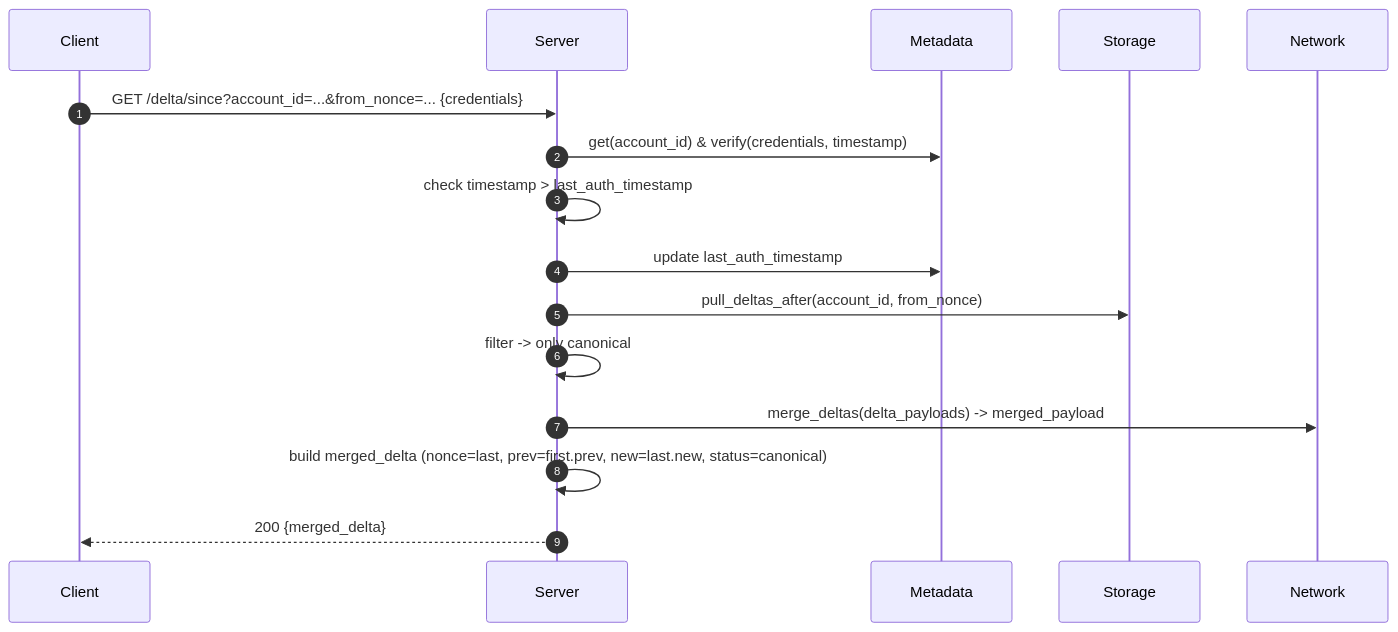
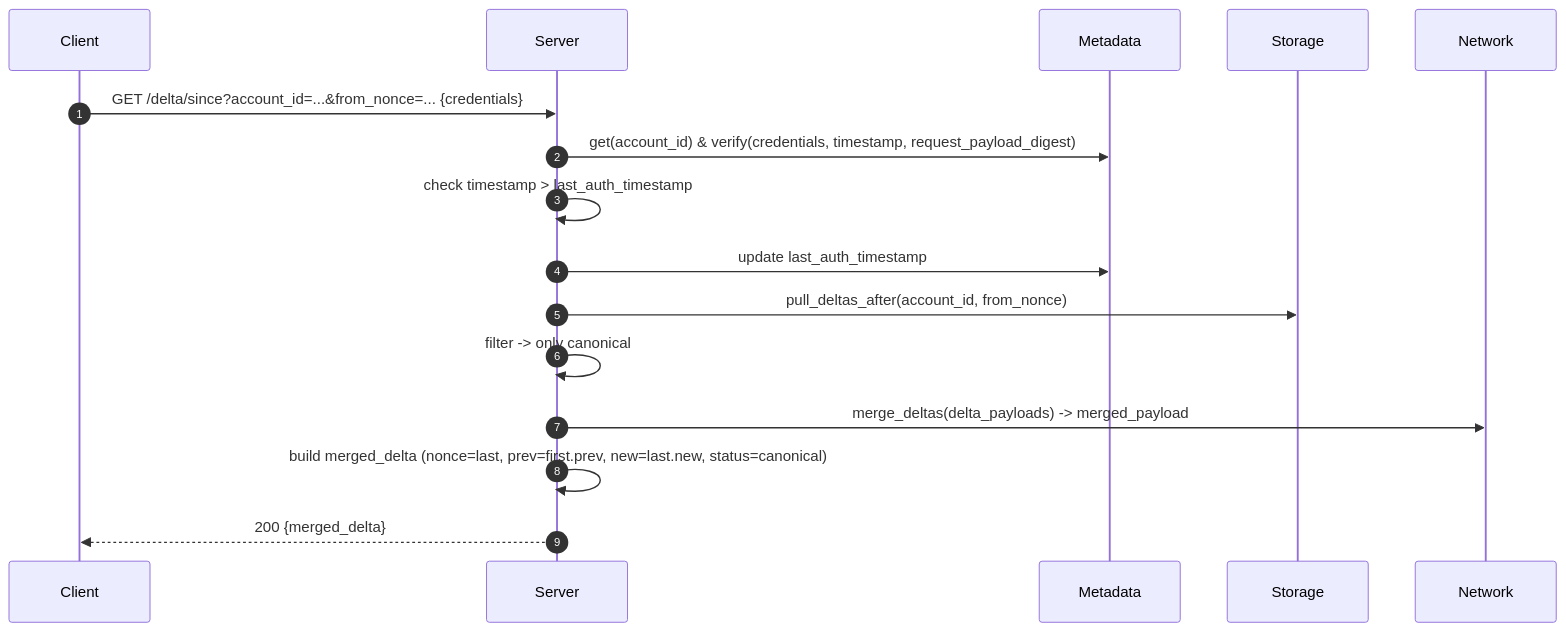
Before and after one commit to OpenZeppelin/guardian: the fifth of 9 diagrams in spec/processes.md, drawn with Mermaid. The commit also changed other lines of this file and 34 other files, not shown here.

````diff
--- a/spec/processes.md
+++ b/spec/processes.md
@@ -96,18 +96,18 @@
 ```mermaid
 sequenceDiagram
   autonumber
   participant C as Client
   participant S as Server
   participant M as Metadata
   participant ST as Storage
   participant N as Network
   C->>S: GET /delta/since?account_id=...&from_nonce=... {credentials}
-  S->>M: get(account_id) & verify(credentials, timestamp)
+  S->>M: get(account_id) & verify(credentials, timestamp, request_payload_digest)
   S->>S: check timestamp > last_auth_timestamp
   S->>M: update last_auth_timestamp
   S->>ST: pull_deltas_after(account_id, from_nonce)
   S->>S: filter -> only canonical
   S->>N: merge_deltas(delta_payloads) -> merged_payload
   S->>S: build merged_delta (nonce=last, prev=first.prev, new=last.new, status=canonical)
   S-->>C: 200 {merged_delta}
 ```
````
